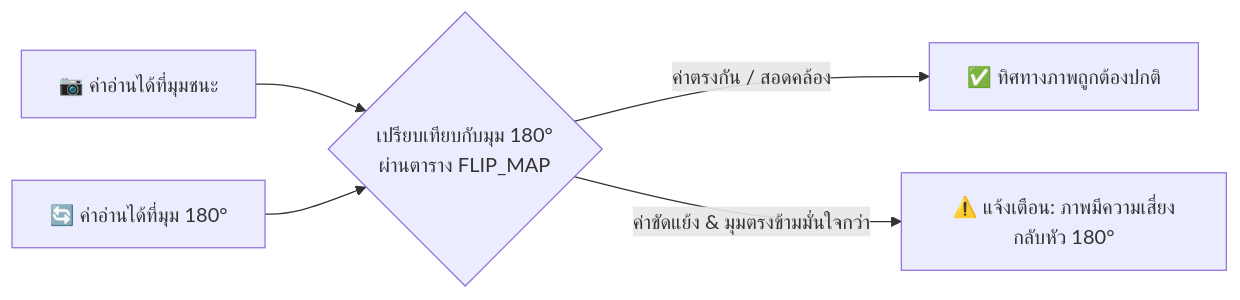
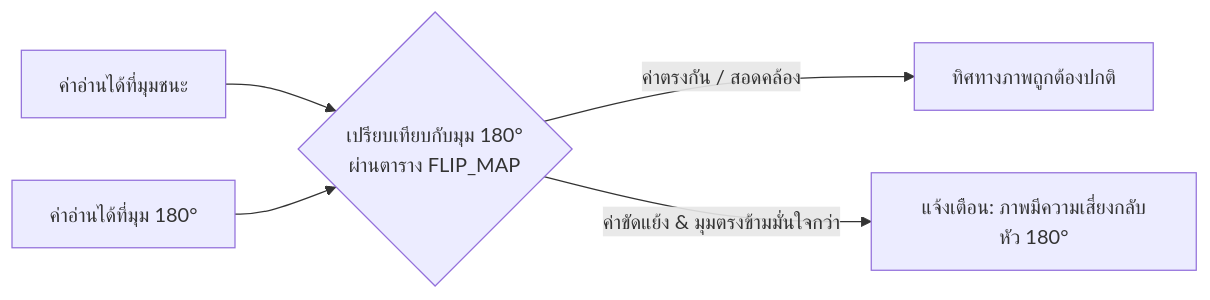
One commit to jirathxz/meter-reader changed diagram 15 of 17 in TUTORIAL.md. Above: the diagram before and after it, drawn with Mermaid. The commit also changed other lines of this file and 1 other file, not shown here.

Commit message:
style(docs): remove all emojis across documentation and mermaid diagrams

````diff
--- a/TUTORIAL.md
+++ b/TUTORIAL.md
@@ -1168,7 +1168,7 @@
 ```mermaid
 flowchart LR
-  FG1["📷 ค่าอ่านได้ที่มุมชนะ"] --> FGC{"เปรียบเทียบกับมุม 180°<br/>ผ่านตาราง FLIP_MAP"}
-  FG2["🔄 ค่าอ่านได้ที่มุม 180°"] --> FGC
-  FGC -->|"ค่าตรงกัน / สอดคล้อง"| FGP["✅ ทิศทางภาพถูกต้องปกติ"]
-  FGC -->|"ค่าขัดแย้ง & มุมตรงข้ามมั่นใจกว่า"| FGW["⚠️ แจ้งเตือน: ภาพมีความเสี่ยงกลับหัว 180°"]
+  FG1["ค่าอ่านได้ที่มุมชนะ"] --> FGC{"เปรียบเทียบกับมุม 180°<br/>ผ่านตาราง FLIP_MAP"}
+  FG2["ค่าอ่านได้ที่มุม 180°"] --> FGC
+  FGC -->|"ค่าตรงกัน / สอดคล้อง"| FGP["ทิศทางภาพถูกต้องปกติ"]
+  FGC -->|"ค่าขัดแย้ง & มุมตรงข้ามมั่นใจกว่า"| FGW["แจ้งเตือน: ภาพมีความเสี่ยงกลับหัว 180°"]
 ```
````
